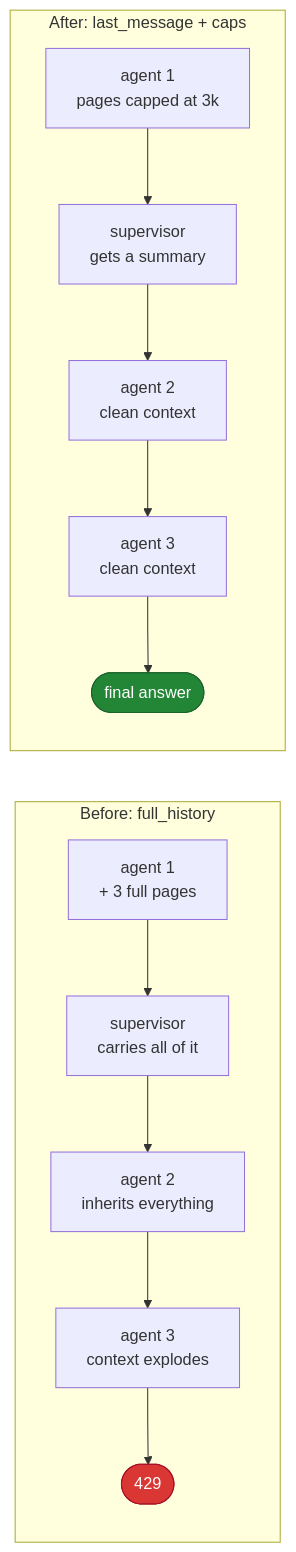
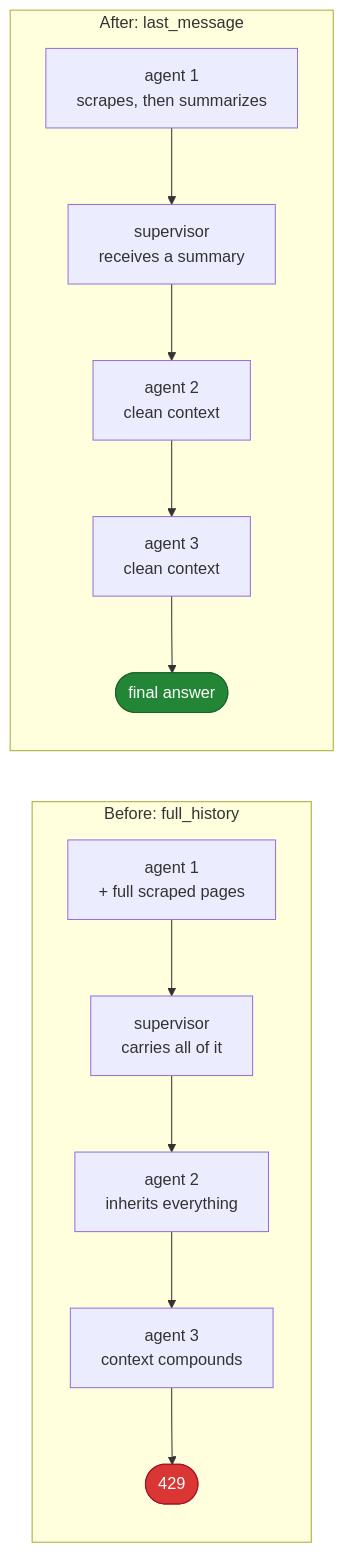
One commit to sumionochi/MCP-Multi-Agents-and-Supervisor changed the sixth of 6 diagrams in README.md. Above: the diagram before and after it, drawn with Mermaid. The commit also changed other lines of this file, not shown here.

Commit message:
Added more context of my learning into README.md

````diff
--- a/README.md
+++ b/README.md
@@ -189,21 +214,21 @@
 ```mermaid
 flowchart LR
     subgraph BEFORE["Before: full_history"]
         direction TB
-        B1["agent 1<br/>+ 3 full pages"] --> B2["supervisor<br/>carries all of it"]
+        B1["agent 1<br/>+ full scraped pages"] --> B2["supervisor<br/>carries all of it"]
         B2 --> B3["agent 2<br/>inherits everything"]
-        B3 --> B4["agent 3<br/>context explodes"]
+        B3 --> B4["agent 3<br/>context compounds"]
         B4 --> B5(["429"])
     end
  
-    subgraph AFTER["After: last_message + caps"]
+    subgraph AFTER["After: last_message"]
         direction TB
-        A1["agent 1<br/>pages capped at 3k"] --> A2["supervisor<br/>gets a summary"]
+        A1["agent 1<br/>scrapes, then summarizes"] --> A2["supervisor<br/>receives a summary"]
         A2 --> A3["agent 2<br/>clean context"]
         A3 --> A4["agent 3<br/>clean context"]
         A4 --> A5(["final answer"])
     end
  
     style B5 fill:#da3633,stroke:#a40e26,color:#ffffff
     style A5 fill:#238636,stroke:#1a612b,color:#ffffff
 ```
````
